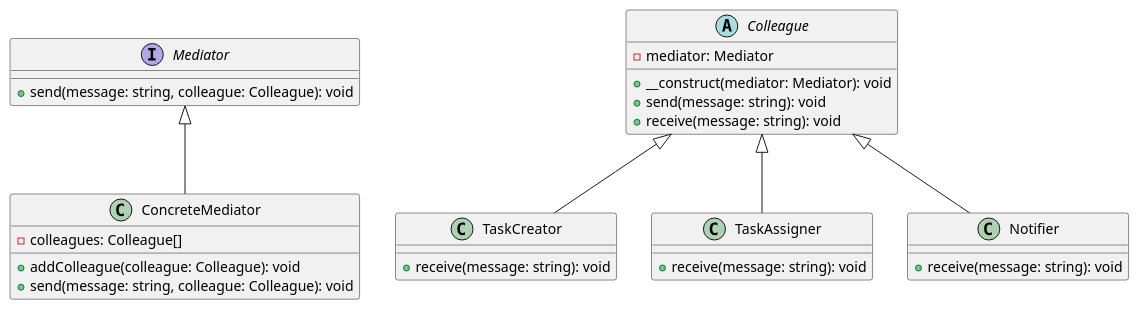
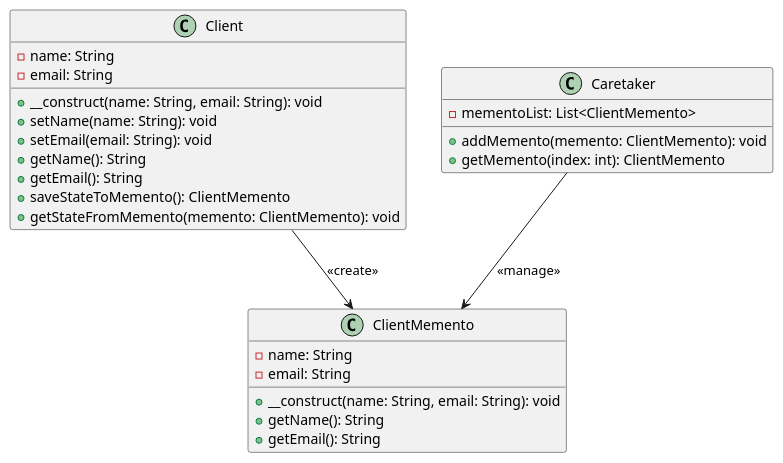
Before and after one commit to andrewovchinnikov/design-patterns: the diagram in klassifikaciya-patternov/povedencheskie-patterny-behavioral-patterns/mnemoniko-memento/primery/sistema-otmeny-deistvii-v-crm/php.md, drawn with PlantUML. The commit also changed other lines of this file and 96 other files, not shown here.

````diff
--- a/klassifikaciya-patternov/povedencheskie-patterny-behavioral-patterns/mnemoniko-memento/primery/sistema-otmeny-deistvii-v-crm/php.md
+++ b/klassifikaciya-patternov/povedencheskie-patterny-behavioral-patterns/mnemoniko-memento/primery/sistema-otmeny-deistvii-v-crm/php.md
@@ -126,39 +132,34 @@
 ```plantuml
 @startuml
 
-interface Mediator {
-    +send(message: string, colleague: Colleague): void
+class Client {
+    -name: String
+    -email: String
+    +__construct(name: String, email: String): void
+    +setName(name: String): void
+    +setEmail(email: String): void
+    +getName(): String
+    +getEmail(): String
+    +saveStateToMemento(): ClientMemento
+    +getStateFromMemento(memento: ClientMemento): void
 }
 
-abstract class Colleague {
-    -mediator: Mediator
-    +__construct(mediator: Mediator): void
-    +send(message: string): void
-    +receive(message: string): void
+class ClientMemento {
+    -name: String
+    -email: String
+    +__construct(name: String, email: String): void
+    +getName(): String
+    +getEmail(): String
 }
 
-class ConcreteMediator {
-    -colleagues: Colleague[]
-    +addColleague(colleague: Colleague): void
-    +send(message: string, colleague: Colleague): void
+class Caretaker {
+    -mementoList: List<ClientMemento>
+    +addMemento(memento: ClientMemento): void
+    +getMemento(index: int): ClientMemento
 }
 
-class TaskCreator {
-    +receive(message: string): void
-}
-
-class TaskAssigner {
-    +receive(message: string): void
-}
-
-class Notifier {
-    +receive(message: string): void
-}
-
-Mediator <|-- ConcreteMediator
-Colleague <|-- TaskCreator
-Colleague <|-- TaskAssigner
-Colleague <|-- Notifier
+Client --> ClientMemento: <<create>>
+Caretaker --> ClientMemento: <<manage>>
 
 @enduml
 ```
````
